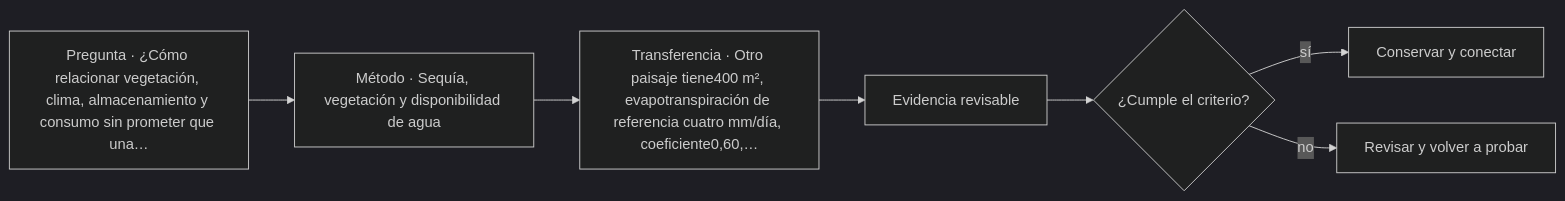
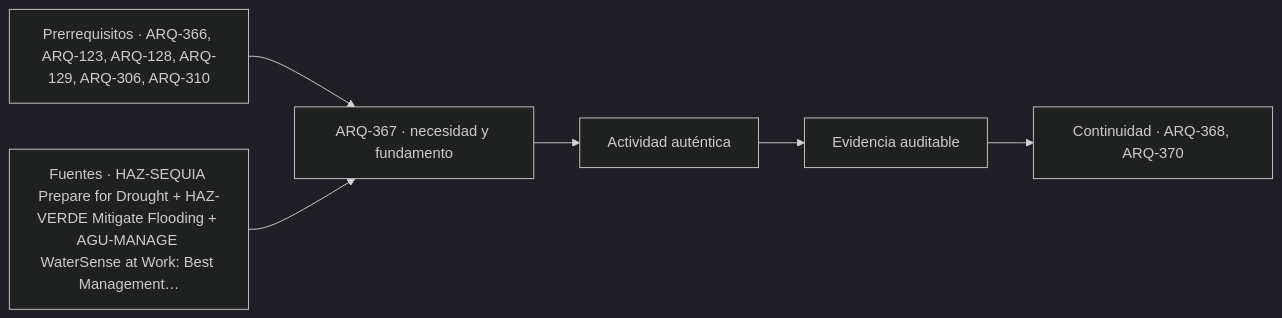
One commit to vladimiracunadev-create/architecture-built-environment-learning-program changed the diagram in classes/parte-37/ARQ-367.md. Above: the diagram before and after it, drawn with Mermaid (dark theme). The commit also changed other lines of this file and 761 other files, not shown here.

````diff
--- a/classes/parte-37/ARQ-367.md
+++ b/classes/parte-37/ARQ-367.md
@@ -107,9 +119,8 @@
 ```mermaid
 flowchart LR
-    Q["Pregunta · ¿Cómo relacionar vegetación, clima, almacenamiento y consumo sin prometer que una…"] --> M["Método · Sequía, vegetación y disponibilidad de agua"]
-    M --> P["Transferencia · Otro paisaje tiene400 m², evapotranspiración de referencia cuatro mm/día, coeficiente0,60,…"]
-    P --> E["Evidencia revisable"]
-    E --> C{"¿Cumple el criterio?"}
-    C -->|sí| T["Conservar y conectar"]
-    C -->|no| R["Revisar y volver a probar"]
+    A["Prerrequisitos · ARQ-366, ARQ-123, ARQ-128, ARQ-129, ARQ-306, ARQ-310"] --> B["ARQ-367 · necesidad y fundamento"]
+    S["Fuentes · HAZ-SEQUIA Prepare for Drought + HAZ-VERDE Mitigate Flooding + AGU-MANAGE WaterSense at Work: Best Management…"] --> B
+    B --> C["Actividad auténtica"]
+    C --> D["Evidencia auditable"]
+    D --> E["Continuidad · ARQ-368, ARQ-370"]
 ```
````
